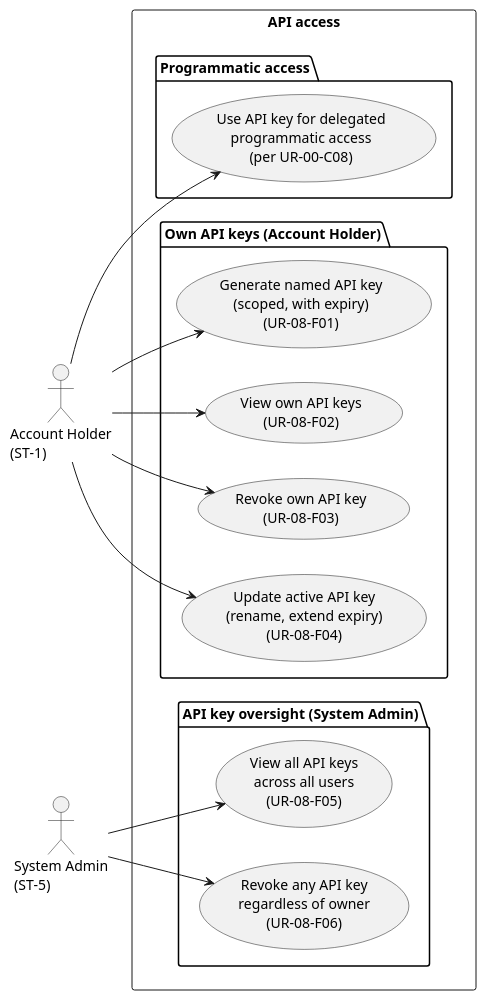
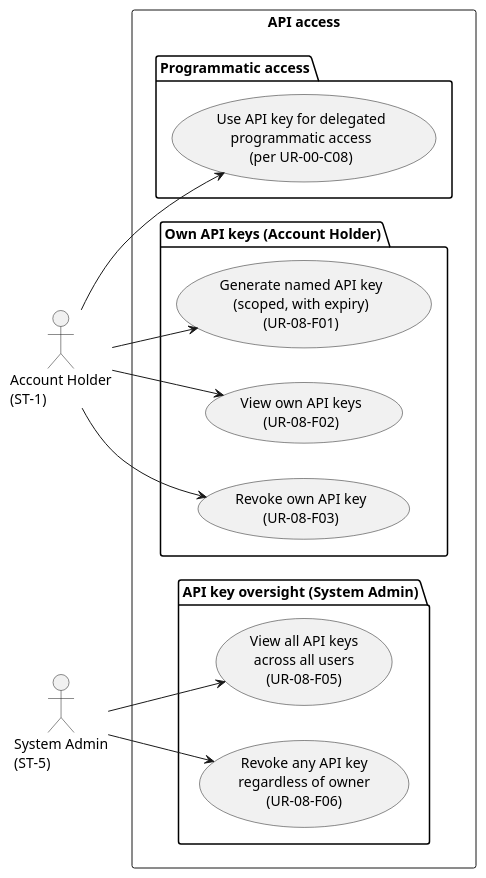
Diagram 12 of 12 in docs/requirements-ur.md (uCore7/trawhile), drawn with PlantUML before and after one commit. The commit also changed other lines of this file and 6 other files, not shown here.

````diff
--- a/docs/requirements-ur.md
+++ b/docs/requirements-ur.md
@@ -690,33 +685,31 @@
 ```plantuml
 @startuml
 left to right direction
 
 actor "Account Holder\n(ST-1)" as AccountHolder
 actor "System Admin\n(ST-5)"   as SysAdmin
 
 rectangle "API access" {
   package "Own API keys (Account Holder)" {
     usecase "Generate named API key\n(scoped, with expiry)\n(UR-08-F01)"   as UC_GenKey
     usecase "View own API keys\n(UR-08-F02)"                               as UC_ViewKeys
     usecase "Revoke own API key\n(UR-08-F03)"                              as UC_RevokeKey
-    usecase "Update active API key\n(rename, extend expiry)\n(UR-08-F04)"  as UC_UpdateKey
   }
   package "API key oversight (System Admin)" {
     usecase "View all API keys\nacross all users\n(UR-08-F05)"             as UC_AdminViewKeys
     usecase "Revoke any API key\nregardless of owner\n(UR-08-F06)"         as UC_AdminRevokeKey
   }
   package "Programmatic access" {
     usecase "Use API key for delegated\nprogrammatic access\n(per UR-00-C08)" as UC_ApiAccess
   }
 }
 
 AccountHolder --> UC_GenKey
 AccountHolder --> UC_ViewKeys
 AccountHolder --> UC_RevokeKey
-AccountHolder --> UC_UpdateKey
 SysAdmin      --> UC_AdminViewKeys
 SysAdmin      --> UC_AdminRevokeKey
 AccountHolder --> UC_ApiAccess
 
 @enduml
 ```
````
